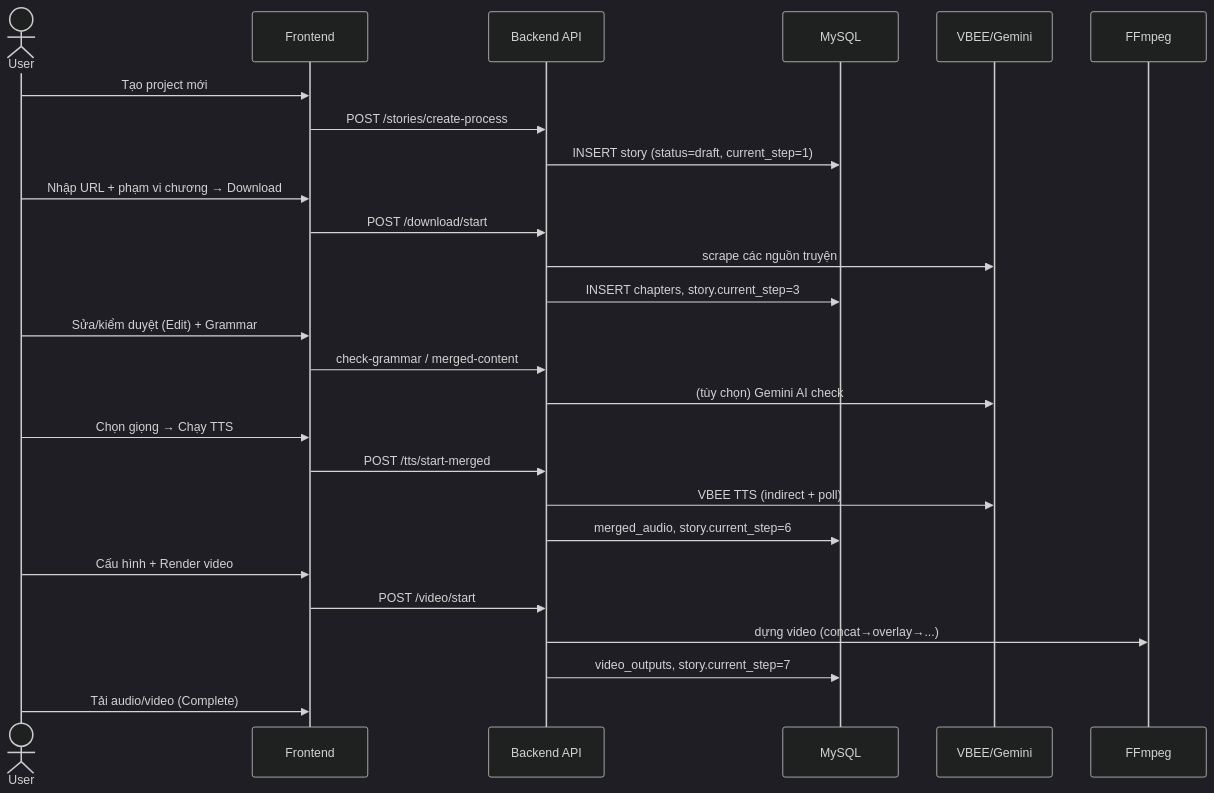
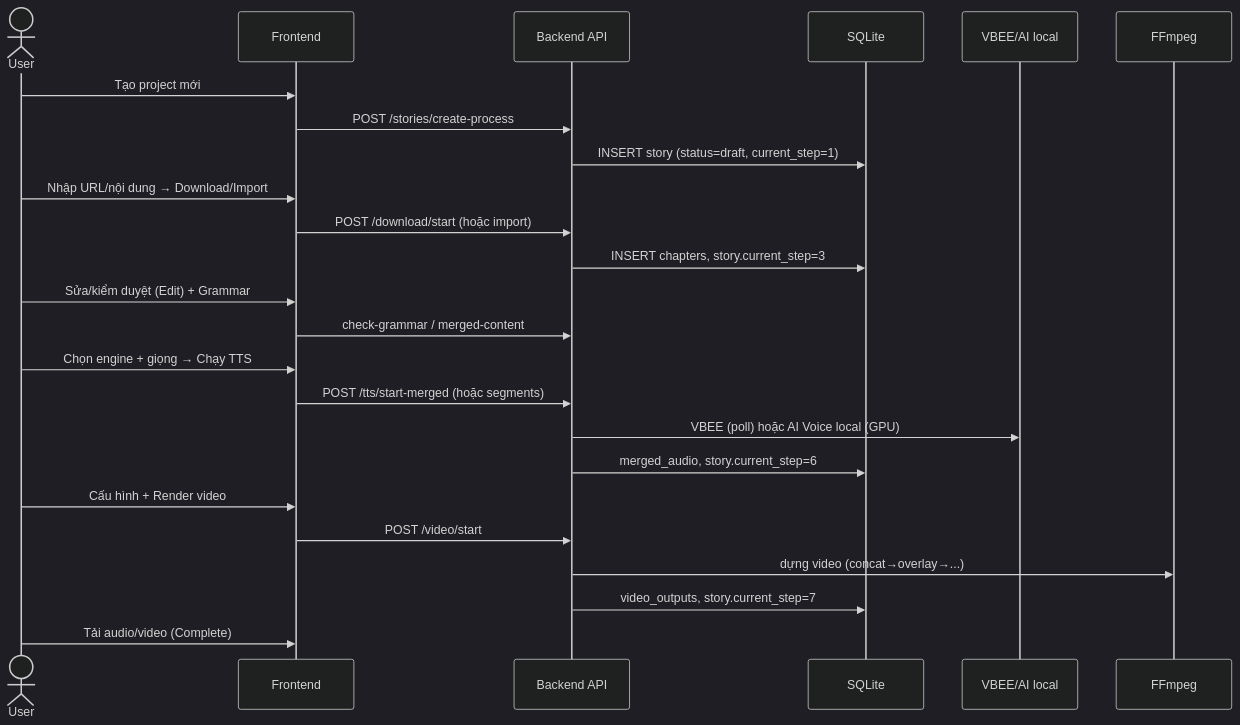
Before and after one commit to Duoclv-tech/App-audio-story: the first of 8 diagrams in docs/PROJECT_DOCUMENTATION.md, drawn with Mermaid (dark theme). The commit also changed other lines of this file and 4 other files, not shown here.

````diff
--- a/docs/PROJECT_DOCUMENTATION.md
+++ b/docs/PROJECT_DOCUMENTATION.md
@@ -387,29 +463,27 @@
 ```mermaid
 sequenceDiagram
     actor User
     participant FE as Frontend
     participant API as Backend API
-    participant DB as MySQL
-    participant EXT as VBEE/Gemini
+    participant DB as SQLite
+    participant EXT as VBEE/AI local
     participant FF as FFmpeg
 
     User->>FE: Tạo project mới
     FE->>API: POST /stories/create-process
     API->>DB: INSERT story (status=draft, current_step=1)
-    User->>FE: Nhập URL + phạm vi chương → Download
-    FE->>API: POST /download/start
-    API->>EXT: scrape các nguồn truyện
+    User->>FE: Nhập URL/nội dung → Download/Import
+    FE->>API: POST /download/start (hoặc import)
     API->>DB: INSERT chapters, story.current_step=3
     User->>FE: Sửa/kiểm duyệt (Edit) + Grammar
     FE->>API: check-grammar / merged-content
-    API->>EXT: (tùy chọn) Gemini AI check
-    User->>FE: Chọn giọng → Chạy TTS
-    FE->>API: POST /tts/start-merged
-    API->>EXT: VBEE TTS (indirect + poll)
+    User->>FE: Chọn engine + giọng → Chạy TTS
+    FE->>API: POST /tts/start-merged (hoặc segments)
+    API->>EXT: VBEE (poll) hoặc AI Voice local (GPU)
     API->>DB: merged_audio, story.current_step=6
     User->>FE: Cấu hình + Render video
     FE->>API: POST /video/start
     API->>FF: dựng video (concat→overlay→...)
     API->>DB: video_outputs, story.current_step=7
     User->>FE: Tải audio/video (Complete)
 ```
````
